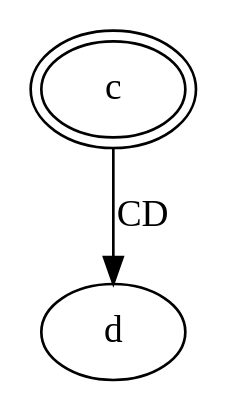
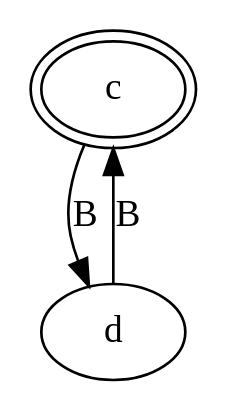
One commit to Antonio-Melo/COMP-Autoanalyze changed the diagram in dot/test5.dot. Above: the diagram before and after it, drawn with Graphviz. The commit also changed 16 other files, not shown here.

```diff
--- a/dot/test5.dot
+++ b/dot/test5.dot
@@ -1,5 +1,6 @@
 digraph G2
  {
-     c -> d [label=CD];
+     c -> d [label=B];
+	 d -> c [label=B];
      c [peripheries=2];
  }
```
